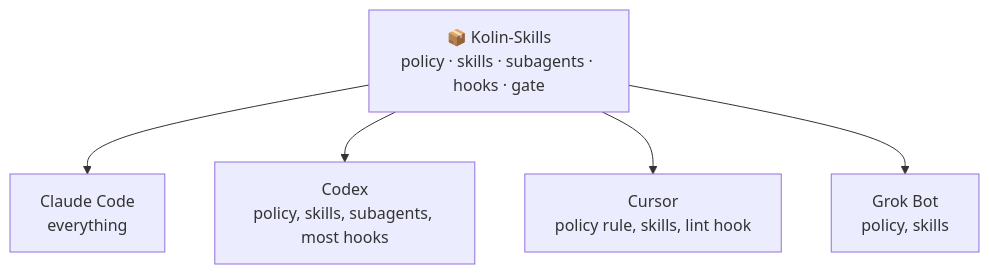
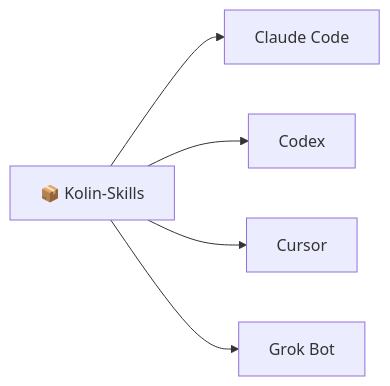
One commit to kolin-HJ/Kolin-Skills changed the diagram in README.md. Above: the diagram before and after it, drawn with Mermaid. The commit also changed other lines of this file, not shown here.

Commit message:
docs(readme): rewrite so the repo and its contents are easy to understand

````diff
--- a/README.md
+++ b/README.md
@@ -24,8 +27,7 @@
 ```mermaid
-flowchart TB
-  repo["📦 Kolin-Skills<br/>policy · skills · subagents · hooks · gate"]
-  repo --> cc["Claude Code<br/>everything"]
-  repo --> cx["Codex<br/>policy, skills, subagents, most hooks"]
-  repo --> cu["Cursor<br/>policy rule, skills, lint hook"]
-  repo --> gk["Grok Bot<br/>policy, skills"]
+flowchart LR
+  repo["📦 Kolin-Skills"] --> cc["Claude Code"]
+  repo --> cx["Codex"]
+  repo --> cu["Cursor"]
+  repo --> gk["Grok Bot"]
 ```
````
